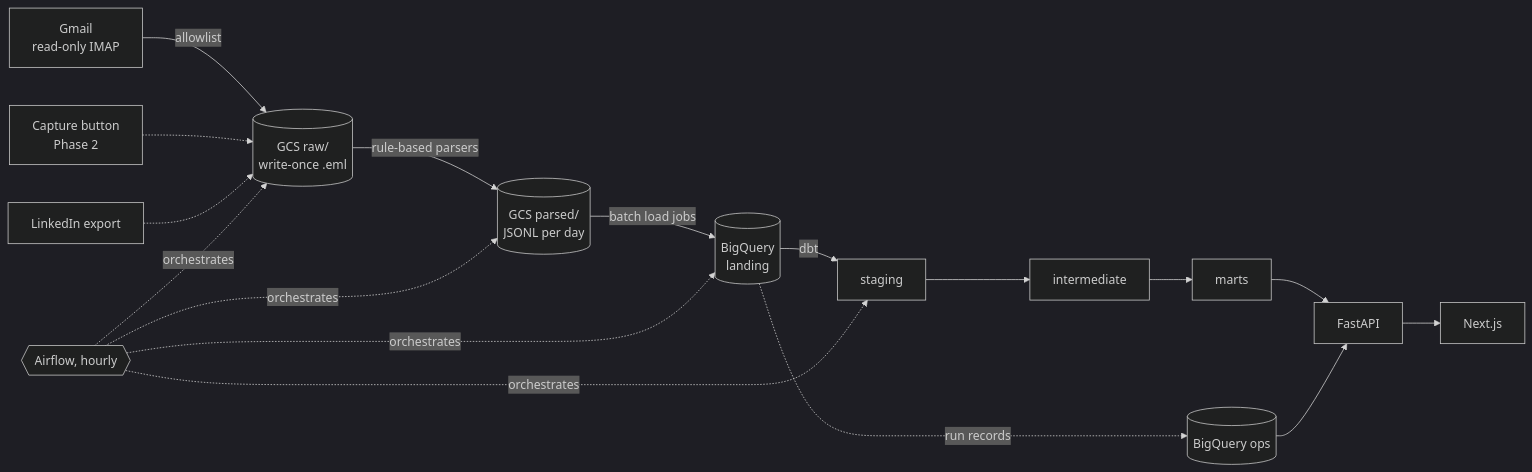
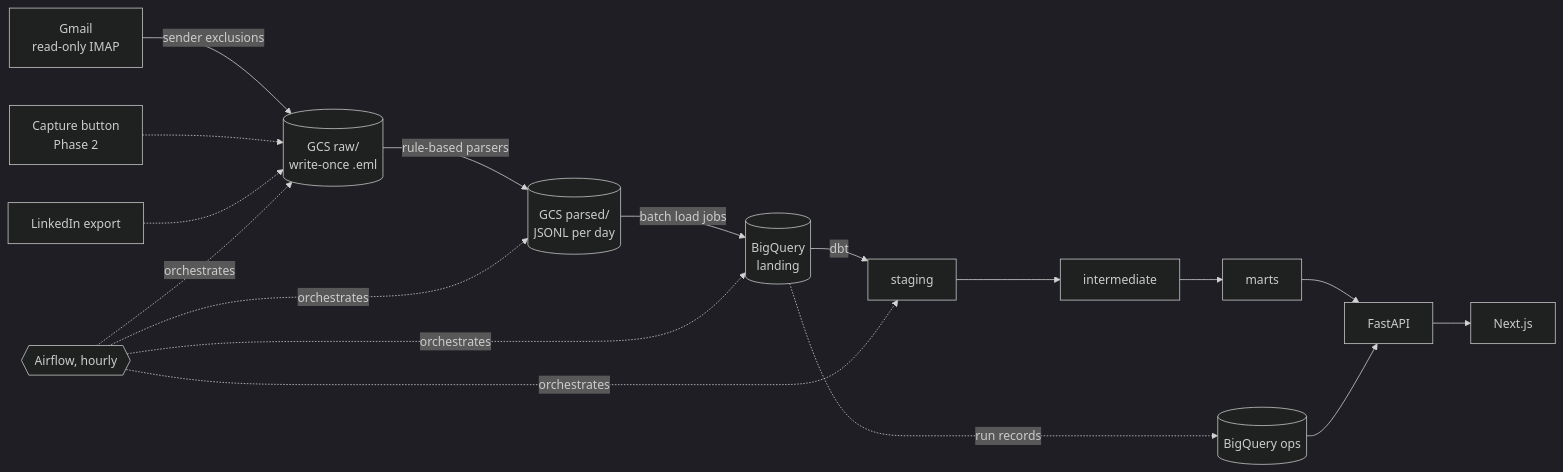
One commit to ErenReyhanlioglu/tracemail changed the diagram in README.md. Above: the diagram before and after it, drawn with Mermaid (dark theme). The commit also changed other lines of this file and 101 other files, not shown here.

````diff
--- a/README.md
+++ b/README.md
@@ -33,13 +33,13 @@
 ```mermaid
 flowchart LR
-    M[Gmail<br/>read-only IMAP] -->|allowlist| R[(GCS raw/<br/>write-once .eml)]
+    M[Gmail<br/>read-only IMAP] -->|sender exclusions| R[(GCS raw/<br/>write-once .eml)]
     C[Capture button<br/>Phase 2] -.-> R
     L[LinkedIn export] -.-> R
     R -->|rule-based parsers| P[(GCS parsed/<br/>JSONL per day)]
     P -->|batch load jobs| LD[(BigQuery<br/>landing)]
     LD -->|dbt| S[staging] --> I[intermediate] --> MT[marts]
     MT --> API[FastAPI] --> W[Next.js]
     LD -.->|run records| O[(BigQuery ops)]
     O --> API
     A{{Airflow, hourly}} -. orchestrates .-> R & P & LD & S
 ```
````
